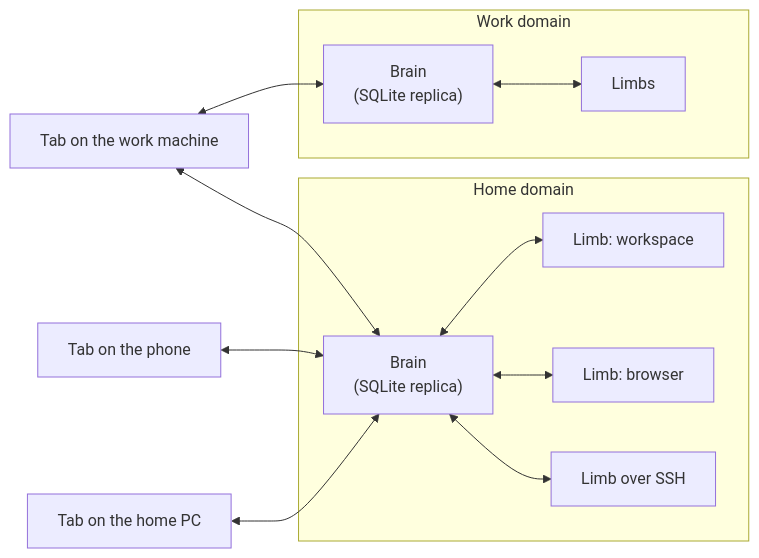
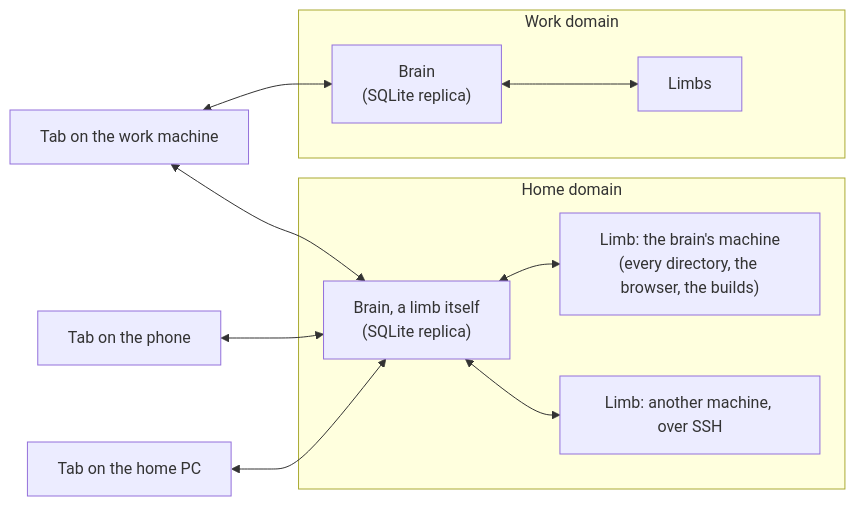
One commit to maxeonyx/agent-harness changed the first of 2 diagrams in docs/vision.md. Above: the diagram before and after it, drawn with Mermaid. The commit also changed other lines of this file and 3 other files, not shown here.

First line of the commit message:
Docs: one limb per machine; roles name tool sets

````diff
--- a/docs/vision.md
+++ b/docs/vision.md
@@ -112,24 +112,22 @@
 ```mermaid
 flowchart LR
   subgraph home["Home domain"]
-    hb["Brain<br/>(SQLite replica)"]
-    hl1["Limb: workspace"]
-    hl2["Limb: browser"]
-    hl3["Limb over SSH"]
+    hb["Brain, a limb itself<br/>(SQLite replica)"]
+    hl1["Limb: the brain's machine<br/>(every directory, the browser, the builds)"]
+    hl3["Limb: another machine, over SSH"]
     hb <--> hl1
-    hb <--> hl2
     hb <--> hl3
   end
   subgraph work["Work domain"]
     wb["Brain<br/>(SQLite replica)"]
     wl["Limbs"]
     wb <--> wl
   end
   hpc["Tab on the home PC"]
   phone["Tab on the phone"]
   wpc["Tab on the work machine"]
   hpc <--> hb
   phone <--> hb
   wpc <--> wb
   wpc <--> hb
 ```
````
